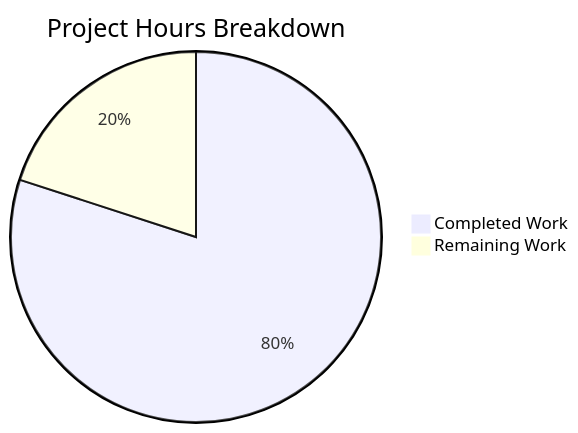
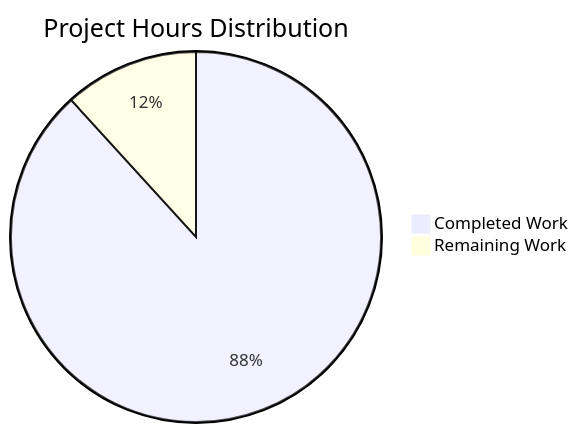
The first of 3 diagrams in blitzy/documentation/Project Guide.md (lakshya-blitzy/hello_world_lakshya_github), drawn with Mermaid before and after one commit. The commit also changed other lines of this file, not shown here.

Commit message:
Adding Blitzy Project Guide: Project Status and Human Tasks Remaining

````diff
--- a/blitzy/documentation/Project Guide.md
+++ b/blitzy/documentation/Project Guide.md
@@ -328,5 +146,5 @@
 ```mermaid
-pie title Project Hours Breakdown
-    "Completed Work" : 6.0
-    "Remaining Work" : 1.5
+pie title Project Hours Distribution
+    "Completed Work" : 30.0
+    "Remaining Work" : 4.0
 ```
````
